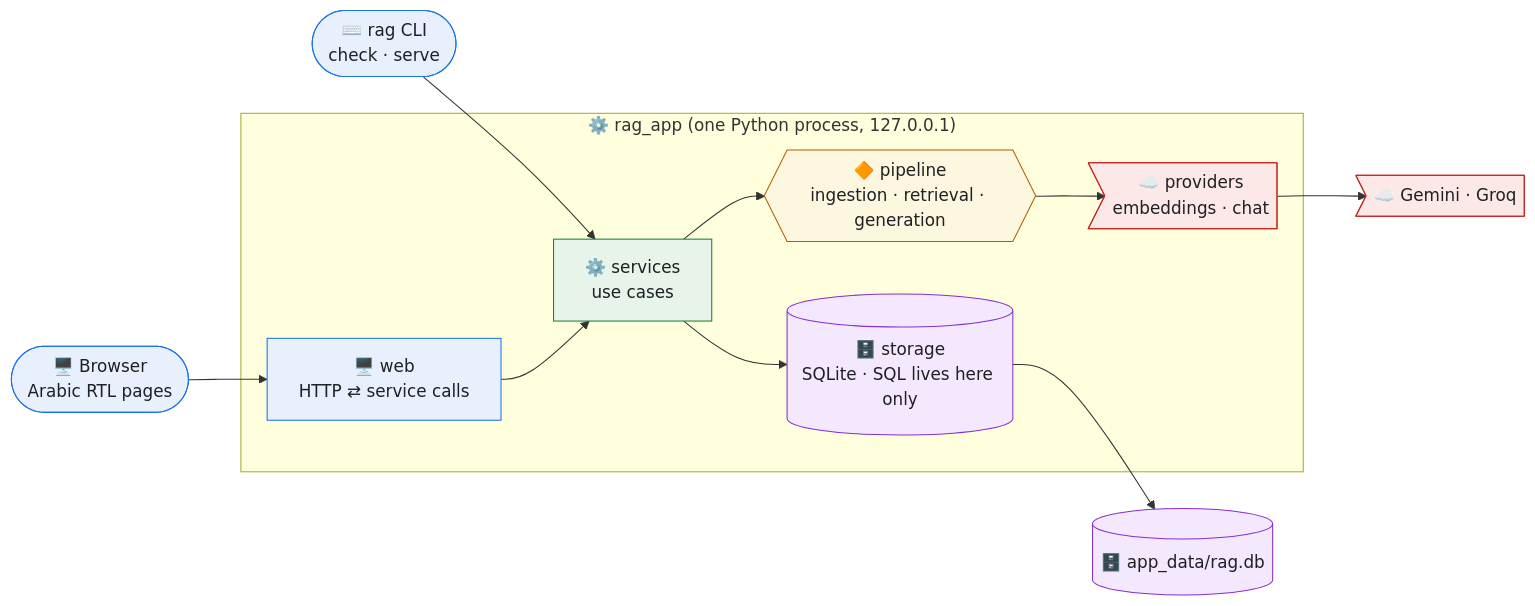
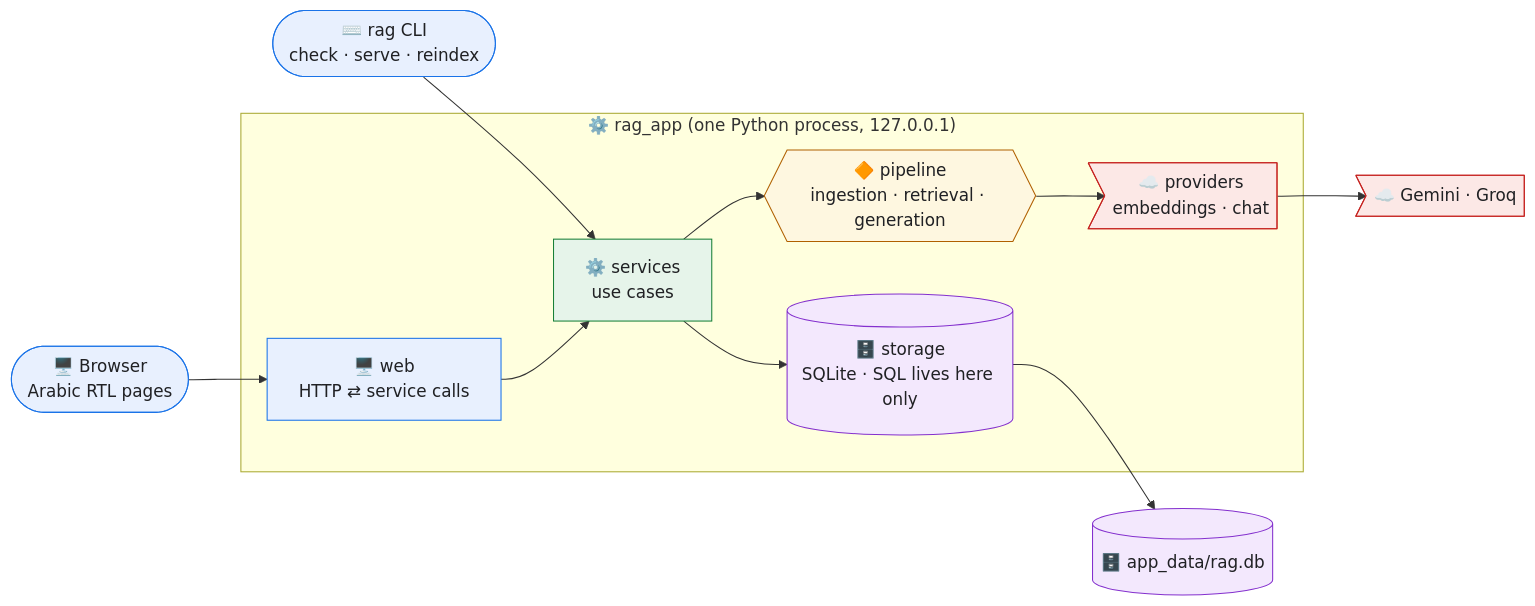
The first of 3 diagrams in docs/06_DEVELOPER_GUIDE.md (videomontage675-design/rag-ai-project), drawn with Mermaid before and after one commit. The commit also changed other lines of this file and 2 other files, not shown here.

````diff
--- a/docs/06_DEVELOPER_GUIDE.md
+++ b/docs/06_DEVELOPER_GUIDE.md
@@ -15,24 +15,24 @@
 ```mermaid
 flowchart LR
     browser(["🖥️ Browser<br/>Arabic RTL pages"]) --> web
-    cli(["⌨️ rag CLI<br/>check · serve"]) --> services
+    cli(["⌨️ rag CLI<br/>check · serve · reindex"]) --> services
     subgraph app["⚙️ rag_app (one Python process, 127.0.0.1)"]
         web["🖥️ web<br/>HTTP ⇄ service calls"] --> services["⚙️ services<br/>use cases"]
         services --> pipeline{{"🔶 pipeline<br/>ingestion · retrieval · generation"}}
         services --> storage[("🗄️ storage<br/>SQLite · SQL lives here only")]
         pipeline --> providers>"☁️ providers<br/>embeddings · chat"]
     end
     storage --> dbfile[("🗄️ app_data/rag.db")]
     providers --> cloud>"☁️ Gemini · Groq"]
 
     classDef person fill:#E8F0FE,stroke:#1A73E8,color:#202124
     classDef service fill:#E6F4EA,stroke:#188038,color:#202124
     classDef stage fill:#FEF7E0,stroke:#B06000,color:#202124
     classDef store fill:#F3E8FD,stroke:#8430CE,color:#202124
     classDef external fill:#FCE8E6,stroke:#C5221F,color:#202124
     class browser,cli,web person
     class services service
     class pipeline stage
     class storage,dbfile store
     class providers,cloud external
 ```
````
